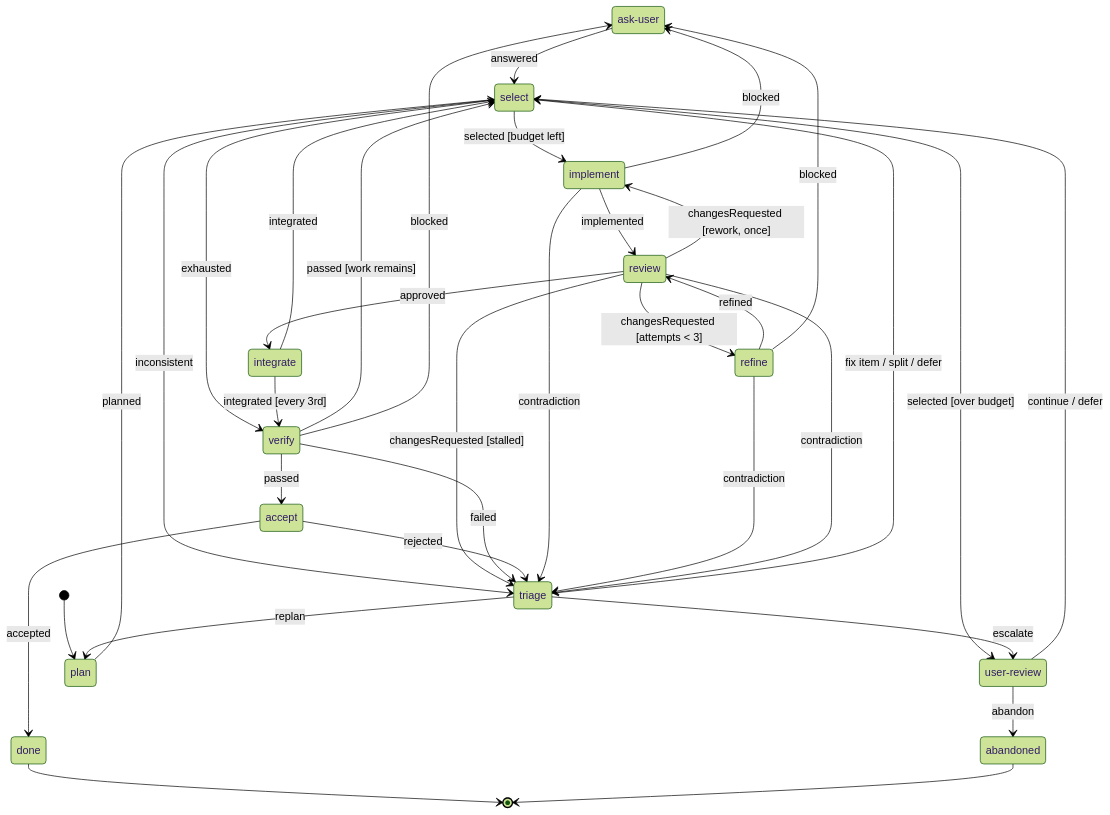
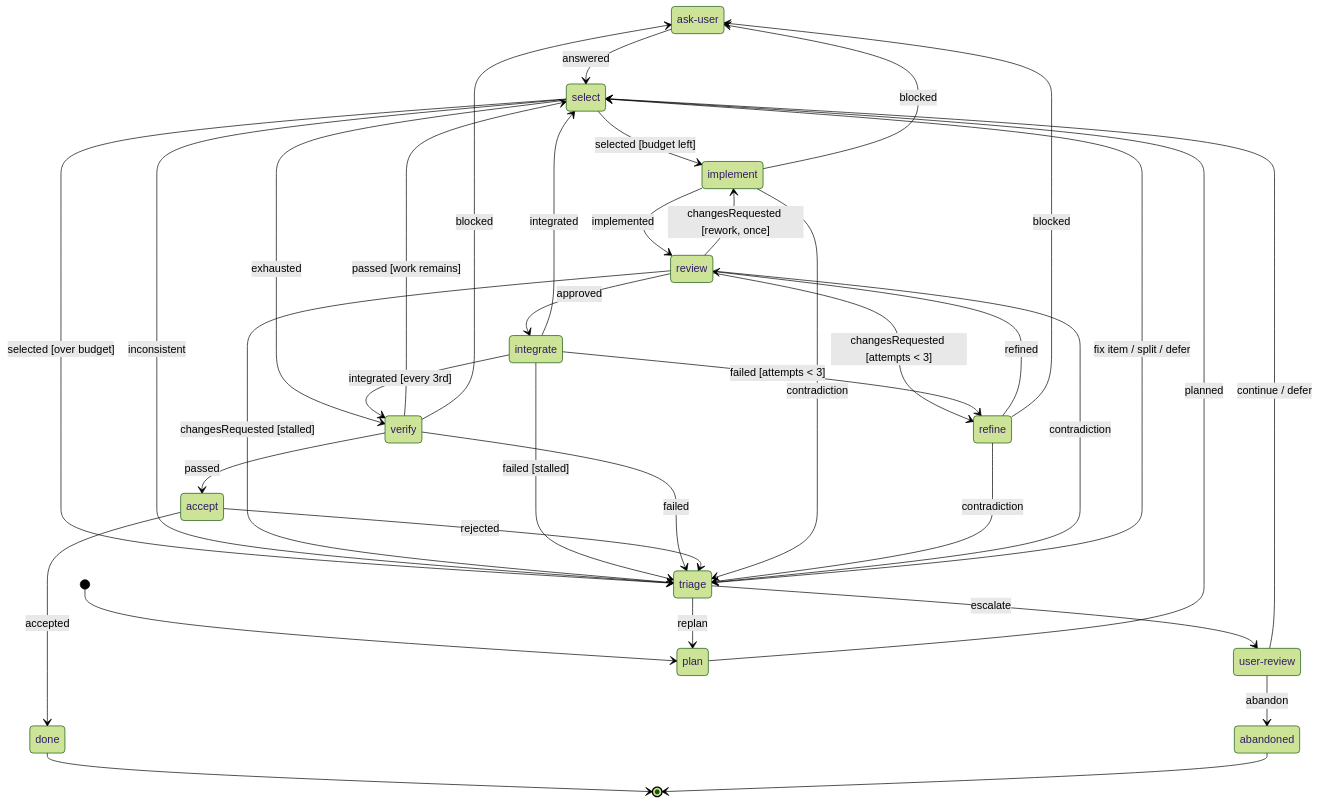
One commit to Ernxst/veyor changed the diagram in examples/software-factory/README.md. Above: the diagram before and after it, drawn with Mermaid (forest theme). The commit also changed other lines of this file and 6 other files, not shown here.

First line of the commit message:
feat(example): gate integration mechanically, triage budget pressure

````diff
--- a/examples/software-factory/README.md
+++ b/examples/software-factory/README.md
@@ -12,45 +12,47 @@
 ```mermaid
 stateDiagram-v2
   state "ask-user" as askUser
   state "user-review" as userReview
 
   [*] --> plan
   plan --> select : planned
   select --> implement : selected [budget left]
-  select --> userReview : selected [over budget]
+  select --> triage : selected [over budget]
   select --> verify : exhausted
   select --> triage : inconsistent
 
   implement --> review : implemented
   review --> integrate : approved
   review --> refine : changesRequested [attempts < 3]
   review --> implement : changesRequested [rework, once]
   review --> triage : changesRequested [stalled]
   refine --> review : refined
   integrate --> select : integrated
   integrate --> verify : integrated [every 3rd]
+  integrate --> refine : failed [attempts < 3]
+  integrate --> triage : failed [stalled]
 
   verify --> select : passed [work remains]
   verify --> accept : passed
   verify --> triage : failed
   accept --> done : accepted
   accept --> triage : rejected
 
   triage --> select : fix item / split / defer
   triage --> plan : replan
   triage --> userReview : escalate
 
   askUser --> select : answered
   userReview --> select : continue / defer
   userReview --> abandoned : abandon
 
   implement --> askUser : blocked
   refine --> askUser : blocked
   verify --> askUser : blocked
   implement --> triage : contradiction
   refine --> triage : contradiction
   review --> triage : contradiction
 
   done --> [*]
   abandoned --> [*]
 ```
````
